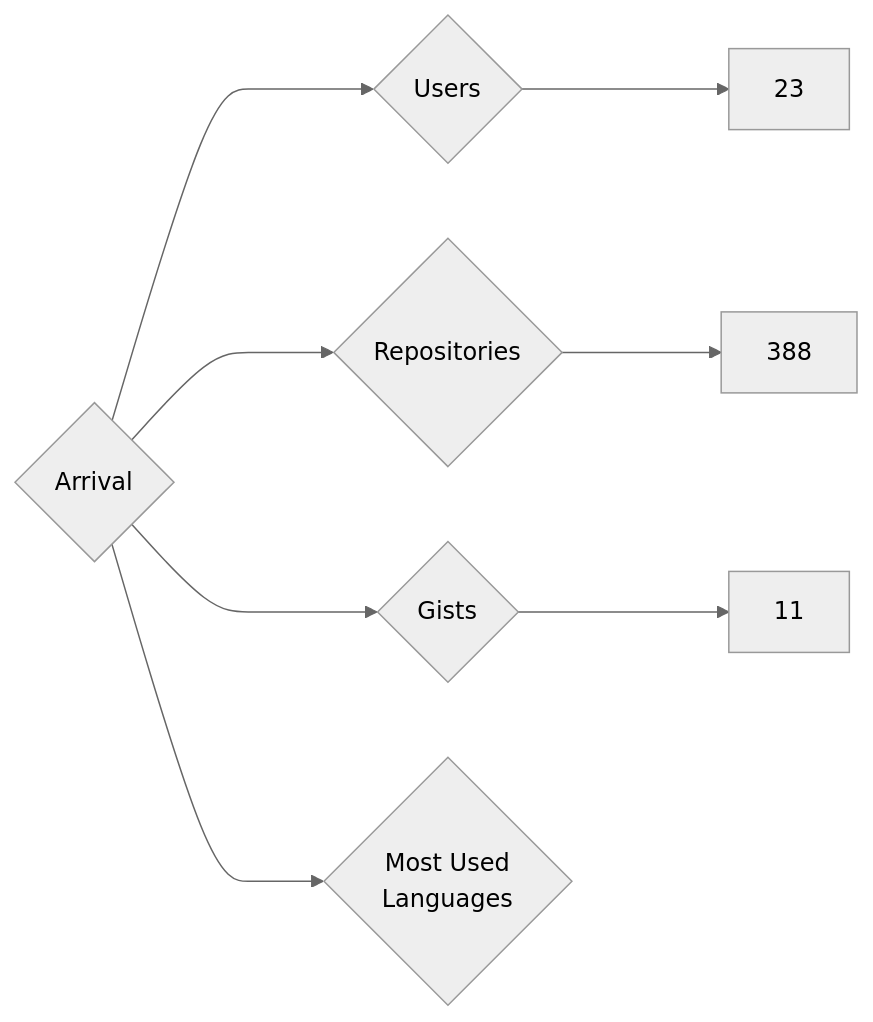
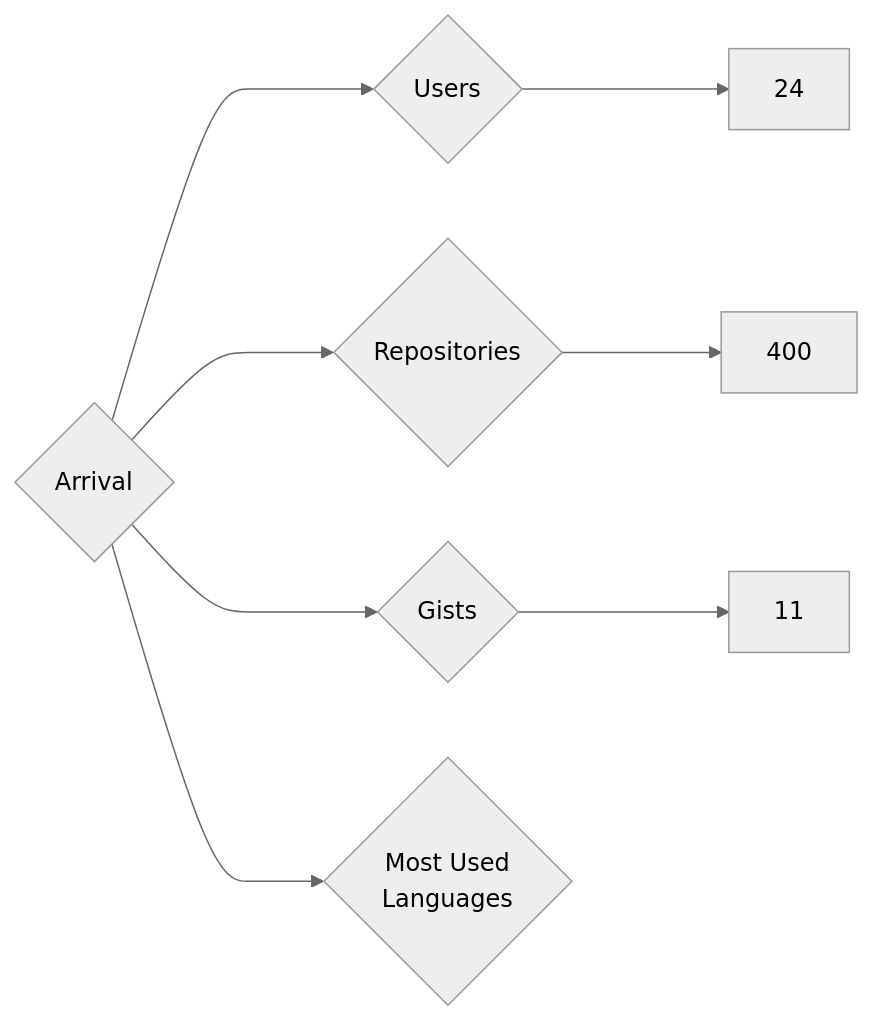
Before and after one commit to nenadzaric/insiders: the diagram in targets/Arrival/README.md, drawn with Mermaid (neutral theme). The commit also changed 2877 other files, not shown here.

````diff
--- a/targets/Arrival/README.md
+++ b/targets/Arrival/README.md
@@ -3,8 +3,8 @@
 ```mermaid
 graph LR
 COMPANY_NAME{Arrival}
-COMPANY_NAME ---> U{Users} ---> UN[23]
-COMPANY_NAME ---> R{Repositories} ---> RN[388]
+COMPANY_NAME ---> U{Users} ---> UN[24]
+COMPANY_NAME ---> R{Repositories} ---> RN[400]
 COMPANY_NAME ---> G{Gists} ---> GN[11]
 COMPANY_NAME ---> ML{Most Used<br>Languages}
 ```
````
